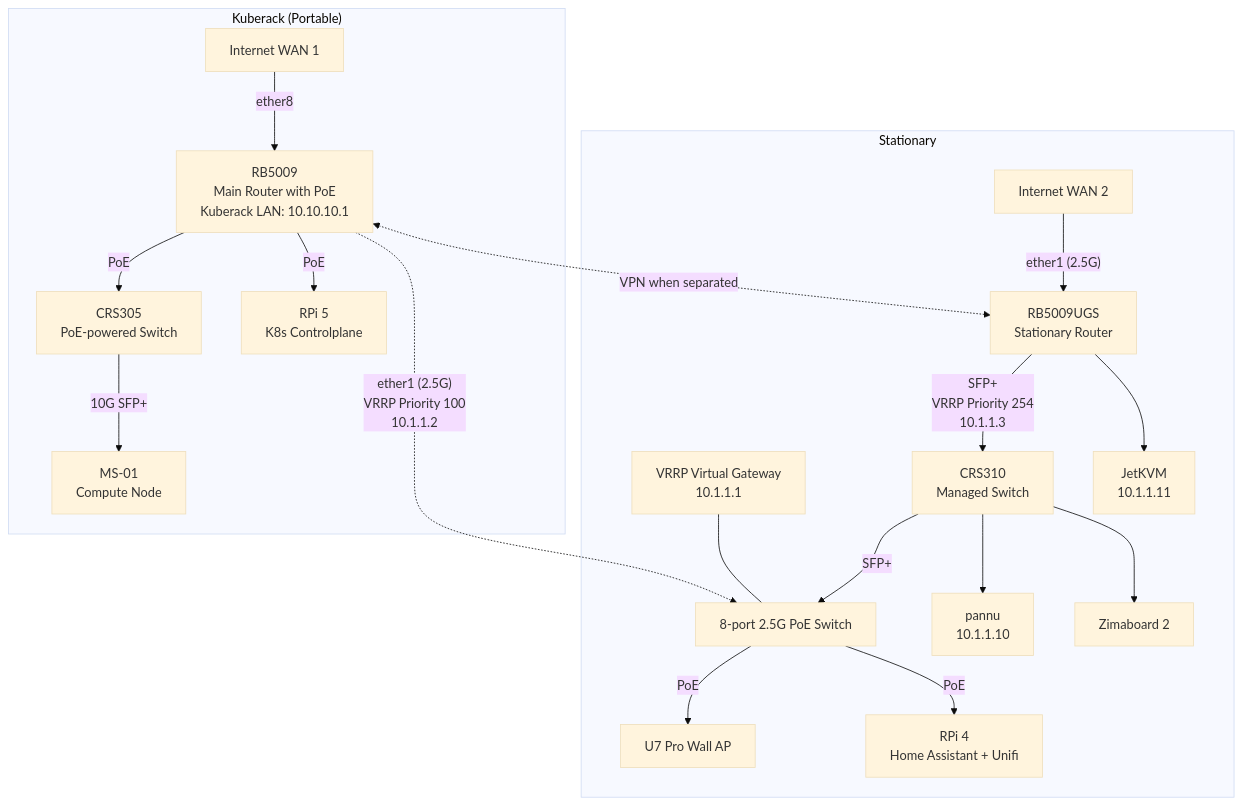
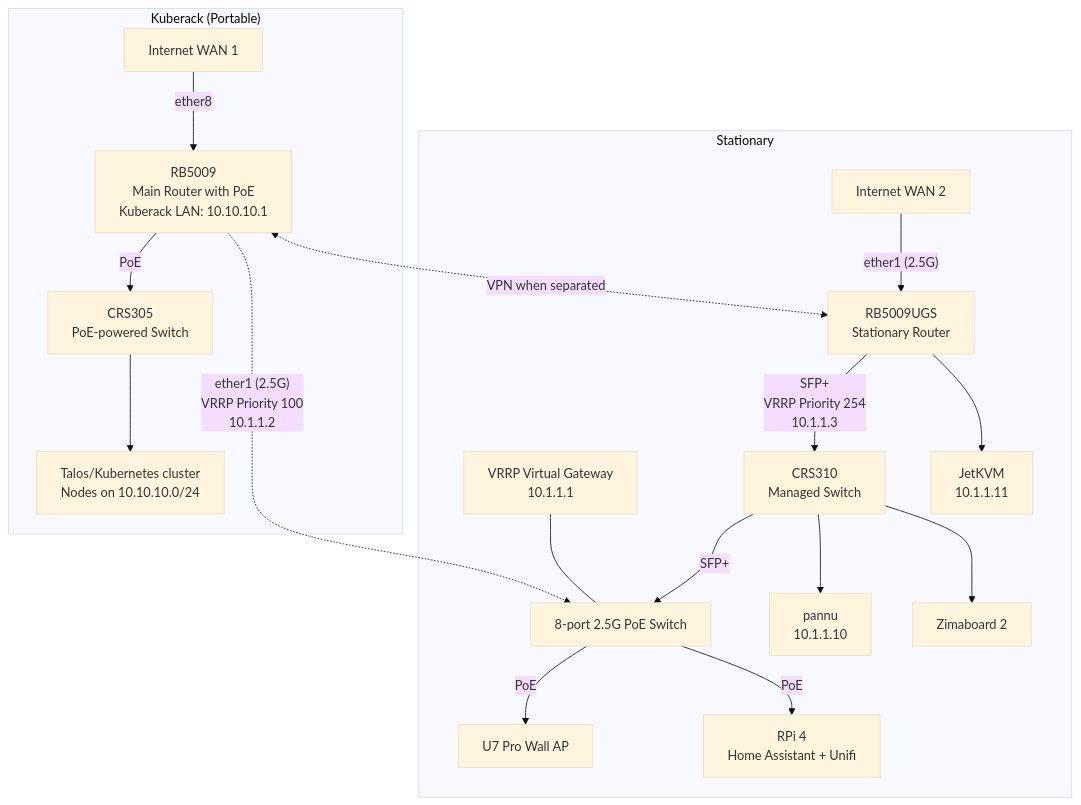
The diagram in local-networking/README.md (kahlstrm/infra), drawn with Mermaid (base theme) before and after one commit. The commit also changed 4 other files, not shown here.

Commit message:
talos add c2,c3 nodes

````diff
--- a/local-networking/README.md
+++ b/local-networking/README.md
@@ -16,41 +16,39 @@
 ```mermaid
 graph TB
     subgraph "Kuberack (Portable)"
         WAN1[Internet WAN 1]
         RB5009[RB5009<br/>Main Router with PoE<br/>Kuberack LAN: 10.10.10.1]
         CRS305[CRS305<br/>PoE-powered Switch]
-        RPI5[RPi 5<br/>K8s Controlplane]
-        MS01[MS-01<br/>Compute Node]
+        K8S[Talos/Kubernetes cluster<br/>Nodes on 10.10.10.0/24]
 
         WAN1 -- "ether8" --> RB5009
-        RB5009 -- "PoE" --> RPI5
         RB5009 -- "PoE" --> CRS305
-        CRS305 -- "10G SFP+" --> MS01
+        CRS305 --> K8S
     end
 
     subgraph "Stationary"
         WAN2[Internet WAN 2]
         RB5009S[RB5009UGS<br/>Stationary Router]
         CRS310[CRS310<br/>Managed Switch]
         VRRP[VRRP Virtual Gateway<br/>10.1.1.1]
         POESWITCH[8-port 2.5G PoE Switch]
         U7[U7 Pro Wall AP]
         RPI4[RPi 4<br/>Home Assistant + Unifi]
         PANNU[pannu<br/>10.1.1.10]
         ZIMA[Zimaboard 2]
         JETKVM[JetKVM<br/>10.1.1.11]
 
         WAN2 -- "ether1 (2.5G)" --> RB5009S
         RB5009S -- "SFP+<br/>VRRP Priority 254<br/>10.1.1.3" --> CRS310
         RB5009S --> JETKVM
         CRS310 -- "SFP+" --> POESWITCH
         VRRP --- POESWITCH
         POESWITCH -- "PoE" --> U7
         POESWITCH -- "PoE" --> RPI4
         CRS310 --> PANNU
         CRS310 --> ZIMA
     end
 
     RB5009 -. "ether1 (2.5G)<br/>VRRP Priority 100<br/>10.1.1.2" .-> POESWITCH
     RB5009 <-.->|VPN when separated| RB5009S
 ```
````
